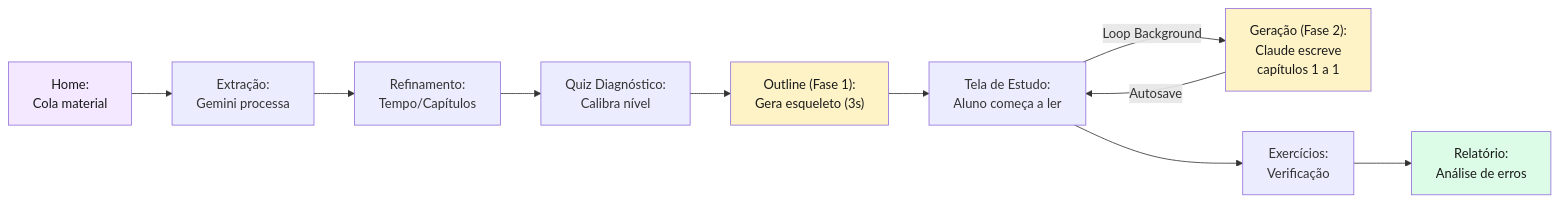
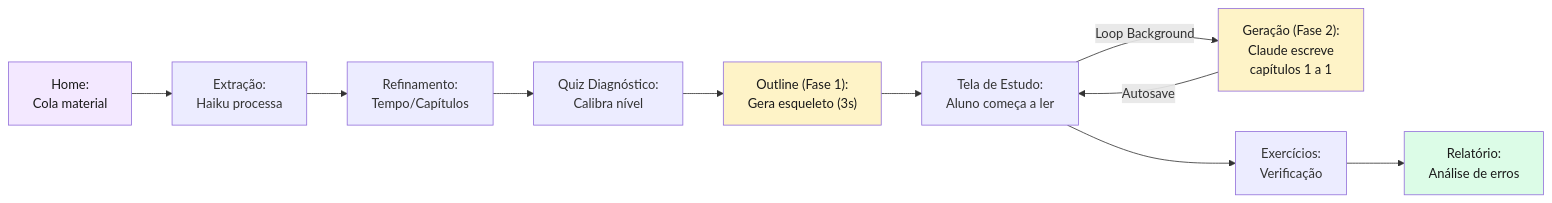
One commit to samuury/sincronia changed the second of 3 diagrams in README.md. Above: the diagram before and after it, drawn with Mermaid. The commit also changed other lines of this file and 5 other files, not shown here.

````diff
--- a/README.md
+++ b/README.md
@@ -71,19 +71,19 @@
 ```mermaid
 flowchart LR
-    A["Home:<br/>Cola material"] --> B["Extração:<br/>Gemini processa"]
+    A["Home:<br/>Cola material"] --> B["Extração:<br/>Haiku processa"]
     B --> C["Refinamento:<br/>Tempo/Capítulos"]
     C --> D["Quiz Diagnóstico:<br/>Calibra nível"]
     D --> E["Outline (Fase 1):<br/>Gera esqueleto (3s)"]
     E --> F["Tela de Estudo:<br/>Aluno começa a ler"]
     
     F -->|"Loop Background"| G["Geração (Fase 2):<br/>Claude escreve<br/>capítulos 1 a 1"]
     G -->|"Autosave"| F
     
     F --> H["Exercícios:<br/>Verificação"]
     H --> I["Relatório:<br/>Análise de erros"]
 
     style A fill:#f3e8ff,color:#1a1a1a
     style E fill:#fef3c7,color:#1a1a1a
     style G fill:#fef3c7,color:#1a1a1a
     style I fill:#dcfce7,color:#1a1a1a
 ```
````
